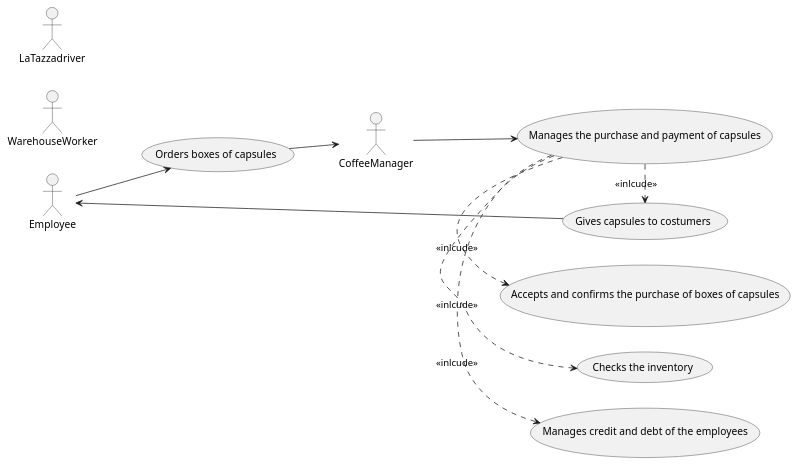
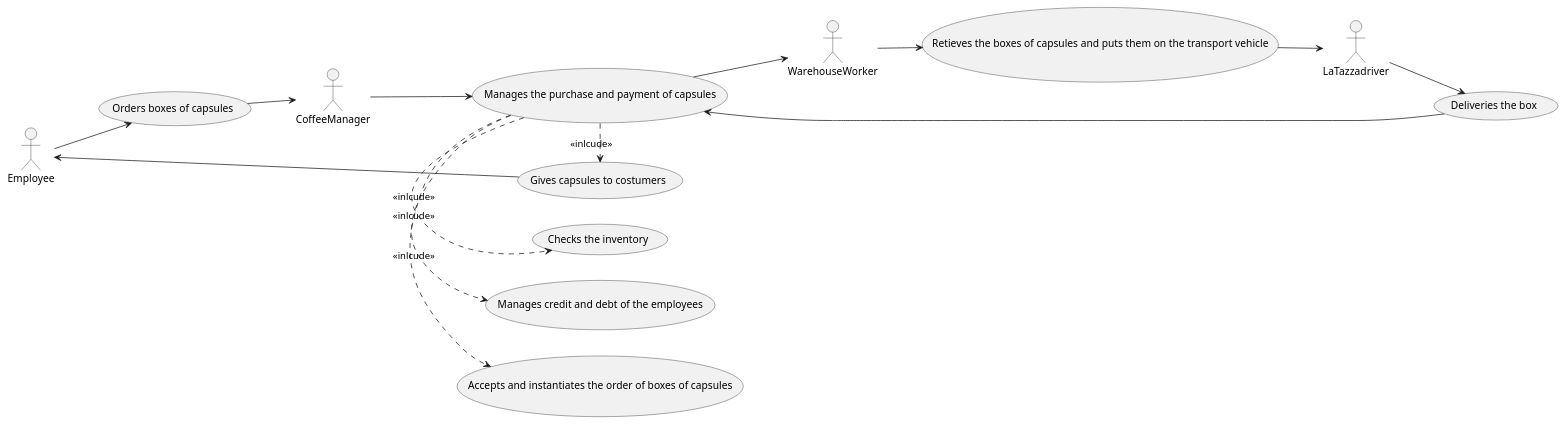
One commit to salvatore-dimartino/LaTazza changed the second of 4 diagrams in templates/RequirementsTemplate.md. Above: the diagram before and after it, drawn with PlantUML.

````diff
--- a/templates/RequirementsTemplate.md
+++ b/templates/RequirementsTemplate.md
@@ -275,24 +275,29 @@
 ```plantuml
 @startuml
 
 left to right direction 
 skinparam packageStyle rectangle
 
 actor CoffeeManager as c
 actor Employee as e
 actor WarehouseWorker as w
 actor LaTazzadriver as d
 
 e --> (Orders boxes of capsules)
 (Orders boxes of capsules) --> c
 c --> (Manages the purchase and payment of capsules)
+(Manages the purchase and payment of capsules) --> w
+w --> (Retieves the boxes of capsules and puts them on the transport vehicle)
+(Retieves the boxes of capsules and puts them on the transport vehicle) --> d
+d --> (Deliveries the box)
+(Deliveries the box) --> (Manages the purchase and payment of capsules)
 
 (Manages the purchase and payment of capsules) .> (Gives capsules to costumers) : <<inlcude>>
-(Manages the purchase and payment of capsules) .> (Accepts and confirms the purchase of boxes of capsules) : <<inlcude>>
+(Manages the purchase and payment of capsules) .> (Accepts and instantiates the order of boxes of capsules) : <<inlcude>>
 (Manages the purchase and payment of capsules) .> (Manages credit and debt of the employees) : <<inlcude>>
 (Manages the purchase and payment of capsules) .> (Checks the inventory) : <<inlcude>>
 
 e <-- (Gives capsules to costumers)
 
 @enduml
 ```
````
